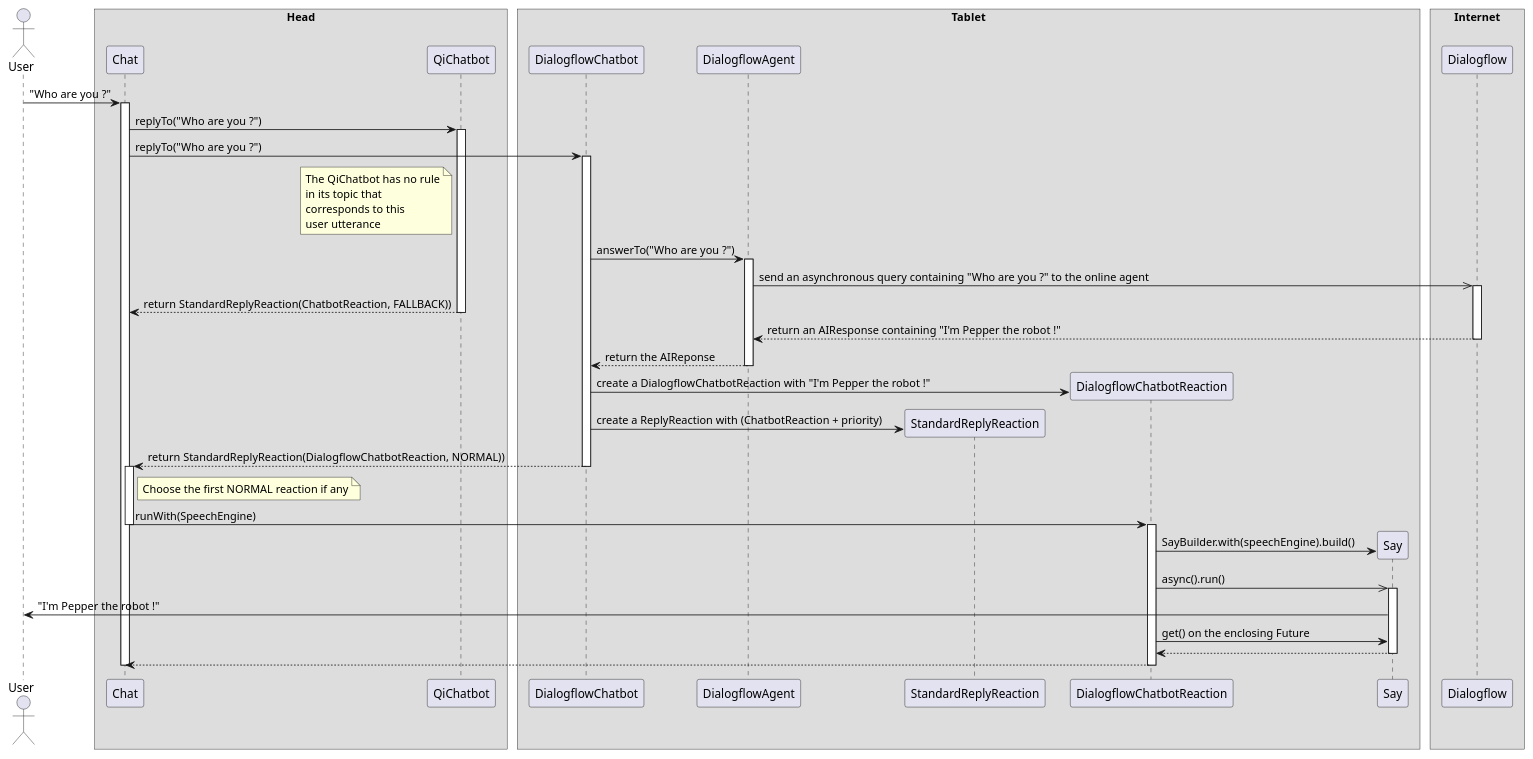
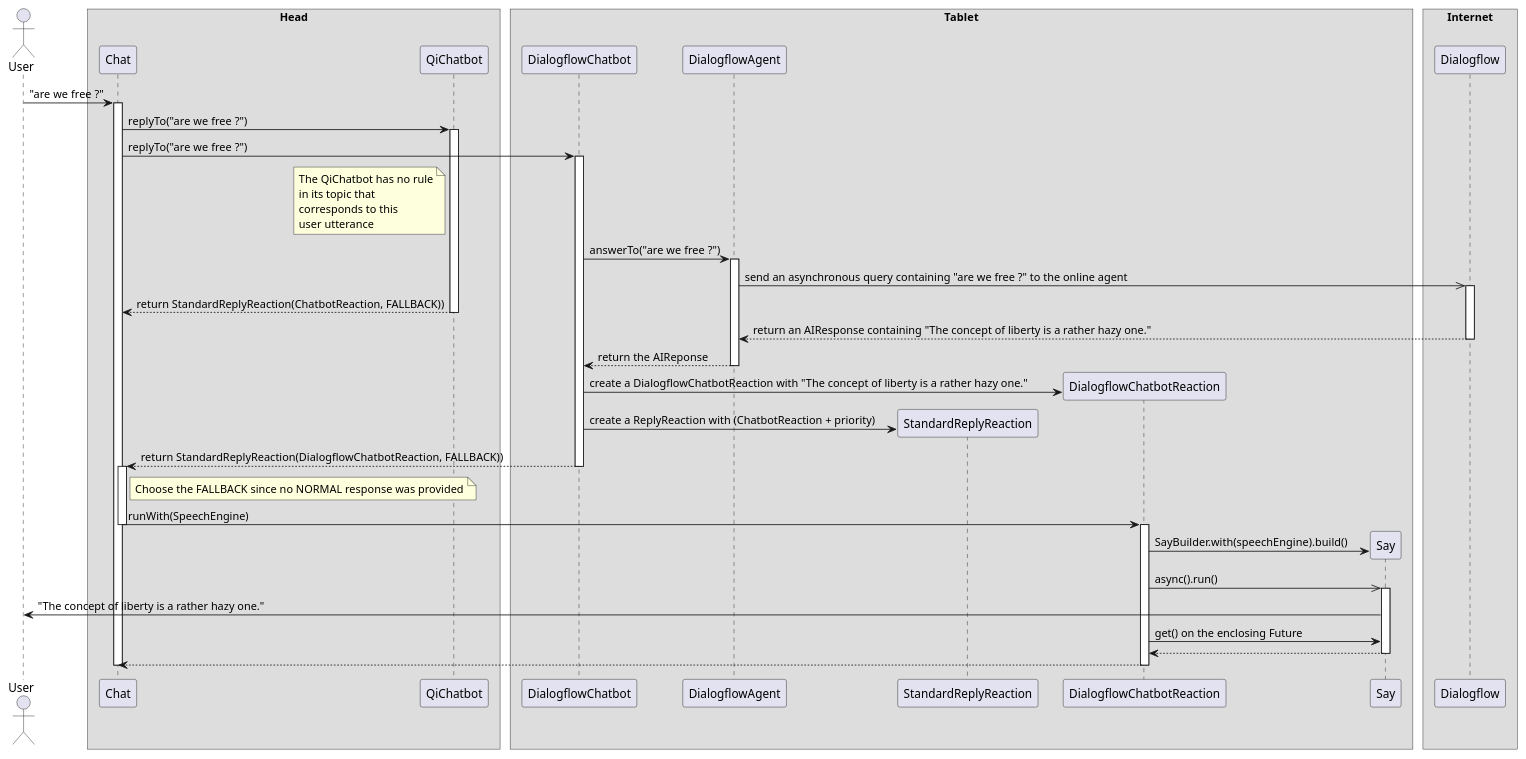
One commit to aldebaran/qisdk-sample-chatbot changed the diagram in sequenceDiagram.plantuml. Above: the diagram before and after it, drawn with PlantUML. The commit also changed 2 other files, not shown here.

Commit message:
updated readme + diagrams

```diff
--- a/sequenceDiagram.plantuml
+++ b/sequenceDiagram.plantuml
@@ -1,76 +1,76 @@
 @startuml
 
 skinparam ParticipantPadding 10
 skinparam BoxPadding 5
 
 actor User
 
 box "Head"
 participant Chat
 participant QiChatbot
 endbox
 
 box "Tablet"
 participant DialogflowChatbot
 participant DialogflowAgent
 participant StandardReplyReaction
 participant DialogflowChatbotReaction
 participant Say
 endbox
 
 box "Internet"
 participant Dialogflow
 endbox
 
-User -> Chat: "Who are you ?"
+User -> Chat: "are we free ?"
 
 activate Chat
-Chat -> QiChatbot:  replyTo("Who are you ?")
+Chat -> QiChatbot:  replyTo("are we free ?")
 activate QiChatbot
-Chat -> DialogflowChatbot: replyTo("Who are you ?")
+Chat -> DialogflowChatbot: replyTo("are we free ?")
 
 note left of QiChatbot: The QiChatbot has no rule\nin its topic that \ncorresponds to this\nuser utterance
 
 activate DialogflowChatbot
-DialogflowChatbot -> DialogflowAgent : answerTo("Who are you ?")
+DialogflowChatbot -> DialogflowAgent : answerTo("are we free ?")
 activate DialogflowAgent
-DialogflowAgent ->> Dialogflow : send an asynchronous query containing "Who are you ?" to the online agent
+DialogflowAgent ->> Dialogflow : send an asynchronous query containing "are we free ?" to the online agent
 activate Dialogflow
 Chat <-- QiChatbot: return StandardReplyReaction(ChatbotReaction, FALLBACK))
 
 deactivate QiChatbot
-DialogflowAgent <-- Dialogflow : return an AIResponse containing "I'm Pepper the robot !"
+DialogflowAgent <-- Dialogflow : return an AIResponse containing "The concept of liberty is a rather hazy one."
 deactivate Dialogflow
 DialogflowChatbot <-- DialogflowAgent : return the AIReponse
 deactivate DialogflowAgent
 
 create DialogflowChatbotReaction
-DialogflowChatbot -> DialogflowChatbotReaction : create a DialogflowChatbotReaction with "I'm Pepper the robot !"
+DialogflowChatbot -> DialogflowChatbotReaction : create a DialogflowChatbotReaction with "The concept of liberty is a rather hazy one."
 create StandardReplyReaction
 DialogflowChatbot -> StandardReplyReaction : create a ReplyReaction with (ChatbotReaction + priority)
 
 deactivate QiChatbot
-Chat <-- DialogflowChatbot: return StandardReplyReaction(DialogflowChatbotReaction, NORMAL))
+Chat <-- DialogflowChatbot: return StandardReplyReaction(DialogflowChatbotReaction, FALLBACK))
 deactivate DialogflowChatbot
 
 activate Chat
-note right of Chat: Choose the first NORMAL reaction if any
+note right of Chat: Choose the FALLBACK since no NORMAL response was provided
 Chat -> DialogflowChatbotReaction: runWith(SpeechEngine)
 deactivate Chat
 
 activate DialogflowChatbotReaction
 create Say
 DialogflowChatbotReaction -> Say: SayBuilder.with(speechEngine).build()
 DialogflowChatbotReaction ->> Say: async().run()
 activate Say
-Say -> User : "I'm Pepper the robot !"
+Say -> User : "The concept of liberty is a rather hazy one."
 
 DialogflowChatbotReaction -> Say: get() on the enclosing Future
 Say --> DialogflowChatbotReaction
 
 deactivate Say
 DialogflowChatbotReaction --> Chat
 deactivate DialogflowChatbotReaction
 deactivate Chat
 
 @enduml
```
